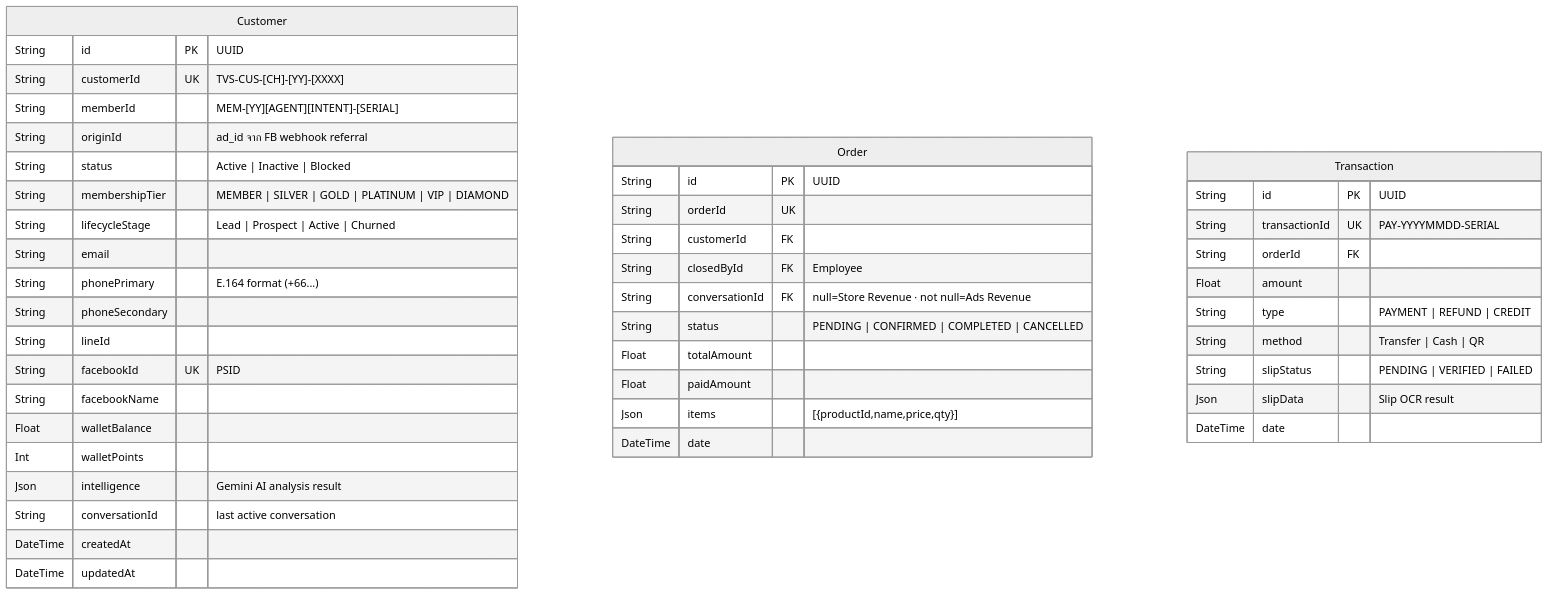
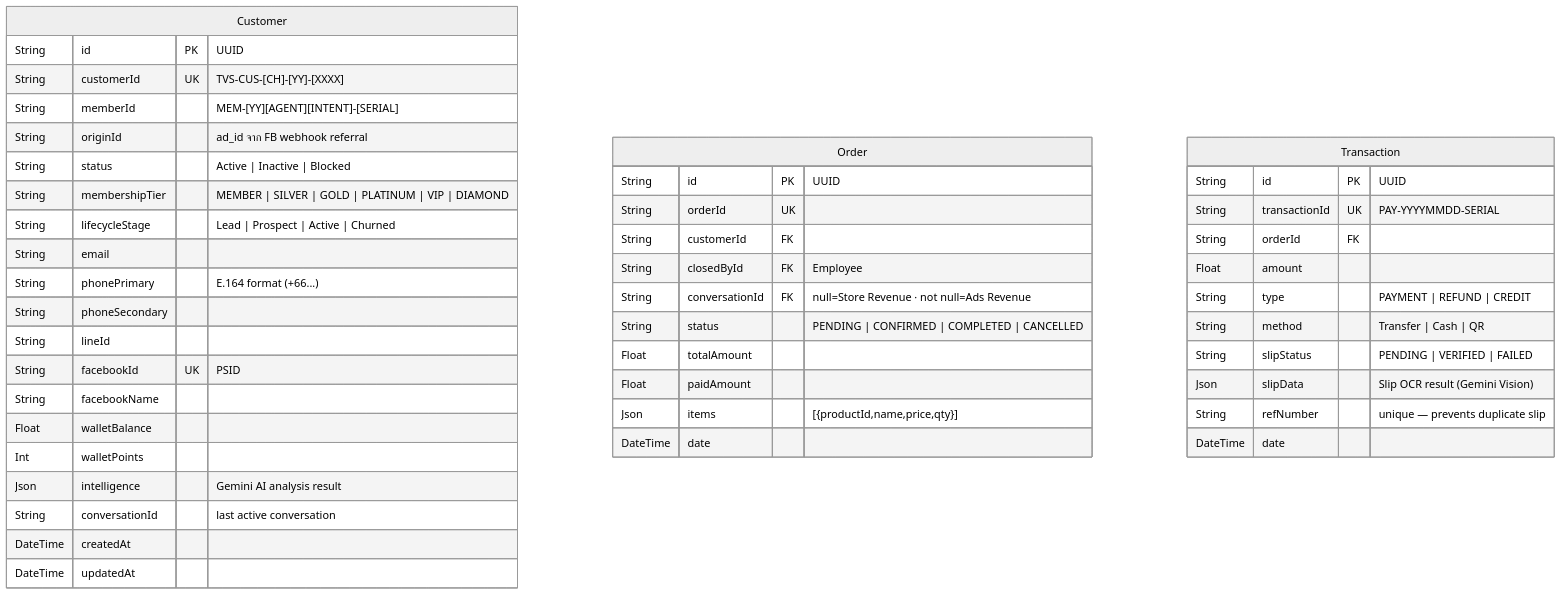
Before and after one commit to Freshair129/crmapp: the first of 5 diagrams in docs/architecture/database-erd/full-schema.md, drawn with Mermaid (neutral theme). The commit also changed other lines of this file and 5 other files, not shown here.

First line of the commit message:
docs: sync all architecture docs to v1.3.0

````diff
--- a/docs/architecture/database-erd/full-schema.md
+++ b/docs/architecture/database-erd/full-schema.md
@@ -12,49 +13,50 @@
 ```mermaid
 erDiagram
     Customer {
         String   id             PK  "UUID"
         String   customerId     UK  "TVS-CUS-[CH]-[YY]-[XXXX]"
         String   memberId           "MEM-[YY][AGENT][INTENT]-[SERIAL]"
         String   originId           "ad_id จาก FB webhook referral"
         String   status             "Active | Inactive | Blocked"
         String   membershipTier     "MEMBER | SILVER | GOLD | PLATINUM | VIP | DIAMOND"
         String   lifecycleStage     "Lead | Prospect | Active | Churned"
         String   email
         String   phonePrimary       "E.164 format (+66...)"
         String   phoneSecondary
         String   lineId
         String   facebookId     UK  "PSID"
         String   facebookName
         Float    walletBalance
         Int      walletPoints
         Json     intelligence       "Gemini AI analysis result"
         String   conversationId     "last active conversation"
         DateTime createdAt
         DateTime updatedAt
     }
 
     Order {
         String   id             PK  "UUID"
         String   orderId        UK
         String   customerId     FK
         String   closedById     FK  "Employee"
         String   conversationId FK  "null=Store Revenue · not null=Ads Revenue"
         String   status             "PENDING | CONFIRMED | COMPLETED | CANCELLED"
         Float    totalAmount
         Float    paidAmount
         Json     items              "[{productId,name,price,qty}]"
         DateTime date
     }
 
     Transaction {
         String   id              PK  "UUID"
         String   transactionId   UK  "PAY-YYYYMMDD-SERIAL"
         String   orderId         FK
         Float    amount
         String   type                "PAYMENT | REFUND | CREDIT"
         String   method              "Transfer | Cash | QR"
         String   slipStatus          "PENDING | VERIFIED | FAILED"
-        Json     slipData            "Slip OCR result"
+        Json     slipData            "Slip OCR result (Gemini Vision)"
+        String   refNumber           "unique — prevents duplicate slip"
         DateTime date
     }
 ```
````
